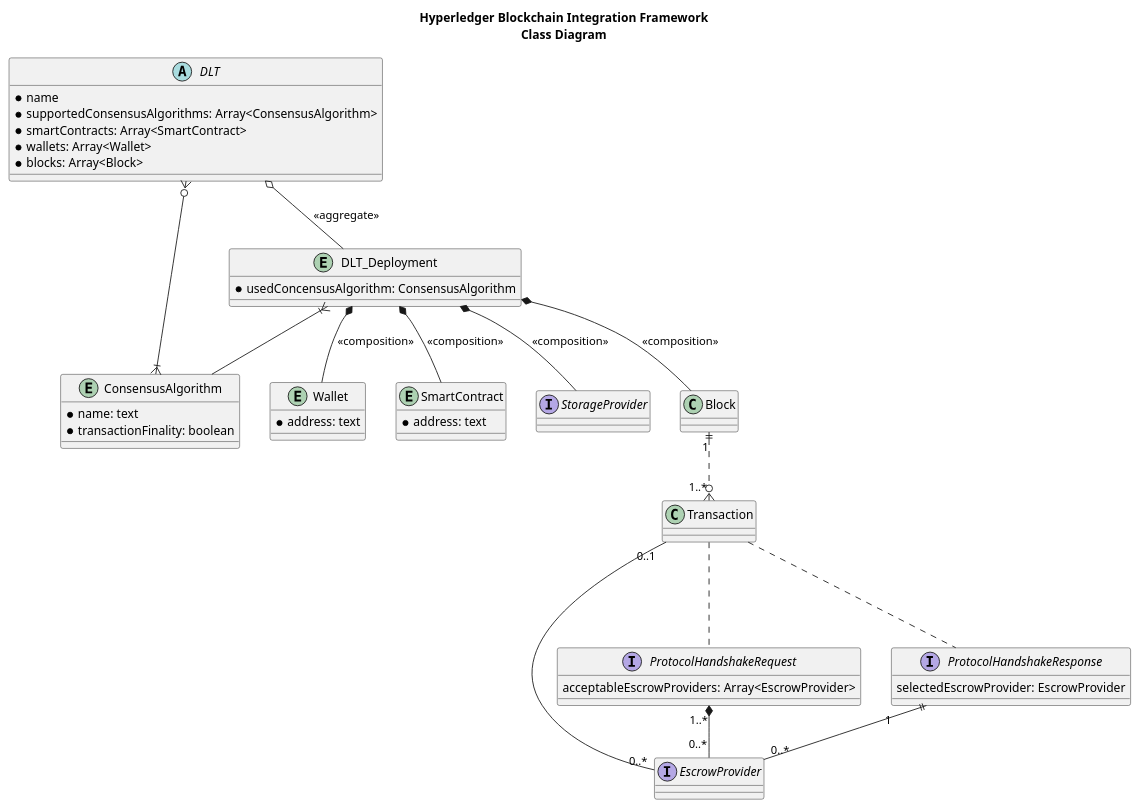
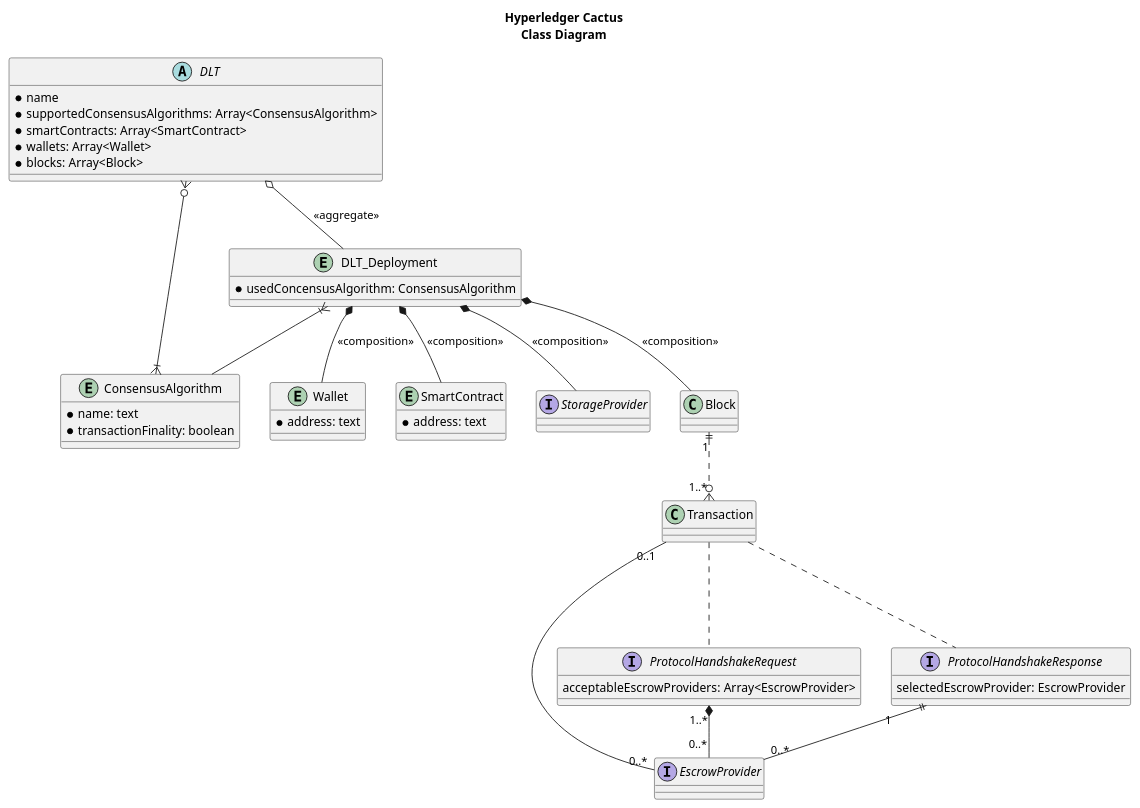
The diagram in docs/architecture/class-diagram.puml (hyperledger-cacti/cacti), drawn with PlantUML before and after one commit. The commit also changed 32 other files, not shown here.

Commit message:
docs: Name change to Hyperledger Cactus

```diff
--- a/docs/architecture/class-diagram.puml
+++ b/docs/architecture/class-diagram.puml
@@ -1,84 +1,84 @@
 @startuml
 
-title Hyperledger Blockchain Integration Framework\nClass Diagram
+title Hyperledger Cactus\nClass Diagram
 
 entity "ConsensusAlgorithm" as calg {
   * name: text
   * transactionFinality: boolean
 }
 
 abstract "DLT" as dlt {
   * name
   * supportedConsensusAlgorithms: Array<ConsensusAlgorithm>
   * smartContracts: Array<SmartContract>
   * wallets: Array<Wallet>
   * blocks: Array<Block>
 }
 
 entity "DLT_Deployment" as dltd {
   * usedConcensusAlgorithm: ConsensusAlgorithm
 }
 
 entity "Wallet" as w {
   * address: text
 }
 
 entity "SmartContract" as sc {
   * address: text
 }
 
 interface "EscrowProvider" as ep {
 }
 
 interface "StorageProvider" as sp {
 }
 
 interface "ProtocolHandshakeRequest" as txhsreq {
   acceptableEscrowProviders: Array<EscrowProvider>
 }
 
 interface "ProtocolHandshakeResponse" as txhsres {
   selectedEscrowProvider: EscrowProvider
 }
 
 class "Transaction" as tx {
 }
 
 class "Block" as block {
 
 }
 
 
 dlt o-- dltd: <<aggregate>>
 
 
 dlt }o--|{ calg
 ' note as n1
 '   A DLT can support 1 or more algorithms.
 '   An algorithm can be supported by any
 '   number of (zero to many) DLTs.
 ' end note
 ' (dlt, calg) .. n1
 
 dltd }|-- calg
 ' note as n2
 '   A DLT_Deployment uses exactly 1 algorithm.
 '   An algorithm can be used by any
 '   number of (zero to many) DLT_Deployments.
 ' end note
 ' (dlt, calg) .. n2
 
 dltd *-- sc: <<composition>>
 dltd *-- w: <<composition>>
 dltd *-- block: <<composition>>
 dltd *-- sp: <<composition>>
 
 block "1" ||..o{ "1..*" tx
 
 tx ... txhsreq
 tx ... txhsres
 tx "0..1" -- "0..*" ep
 txhsreq "1..*" *-- "0..*" ep
 txhsres "1      " ||-- "0..*" ep
 
 @enduml
```
